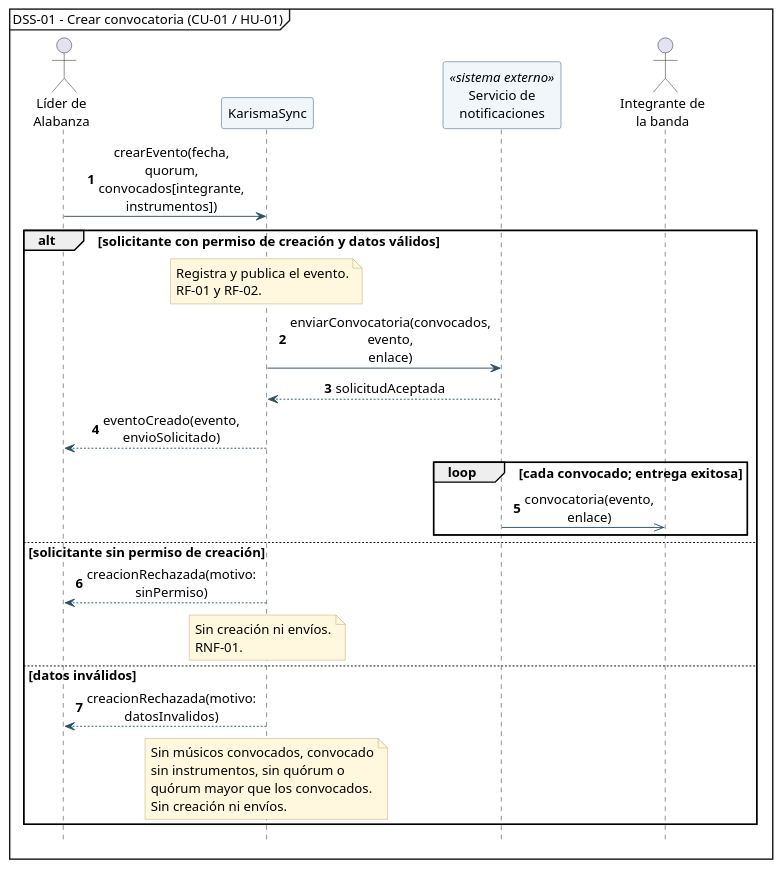
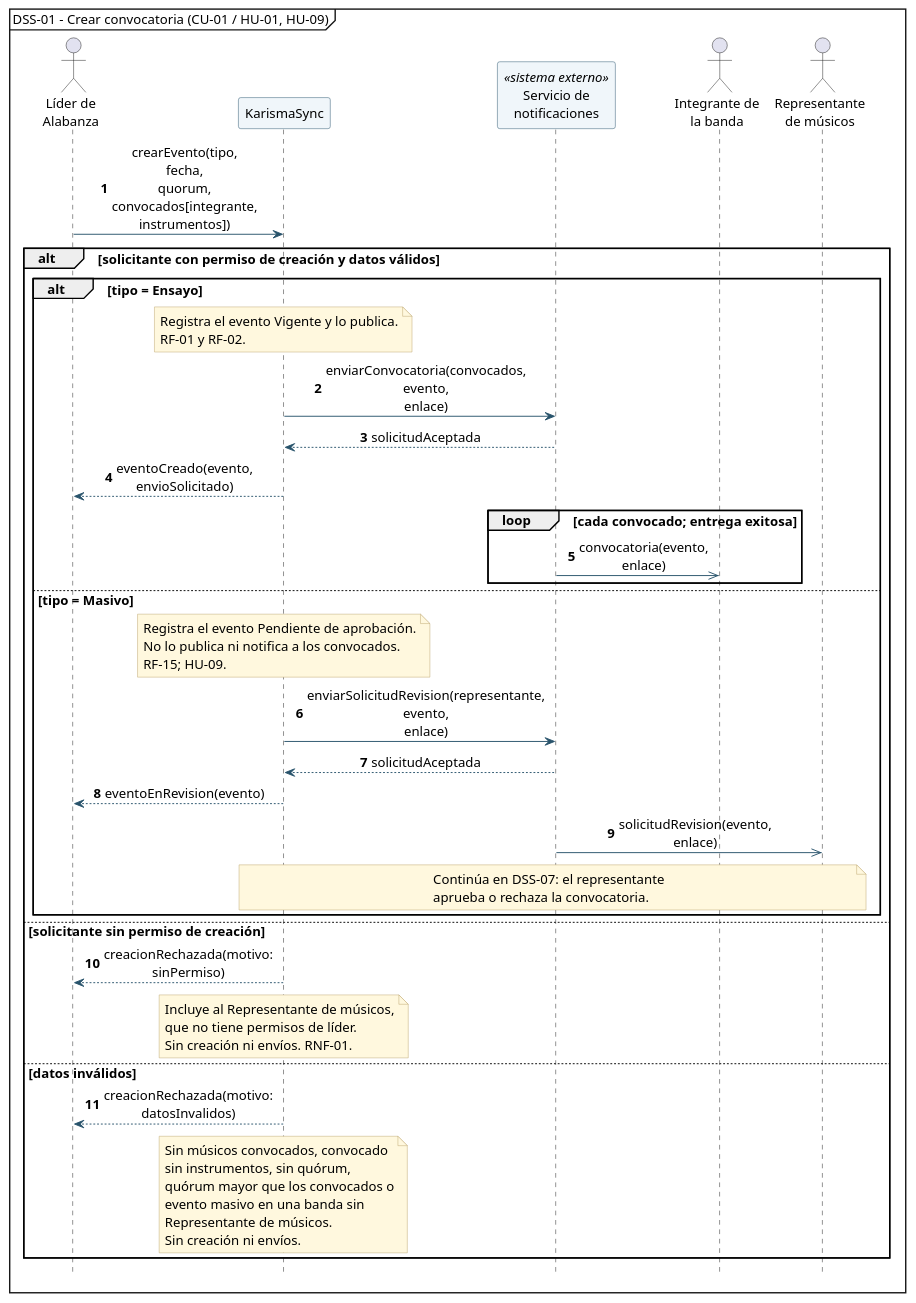
One commit to Ayiness/KarismaSync changed the diagram in diagramas/dss-01-crear-convocatoria.puml. Above: the diagram before and after it, drawn with PlantUML. The commit also changed 15 other files, not shown here.

First line of the commit message:
Evaluación 2: evento masivo y Representante de músicos

```diff
--- a/diagramas/dss-01-crear-convocatoria.puml
+++ b/diagramas/dss-01-crear-convocatoria.puml
@@ -1,64 +1,85 @@
 @startuml
-mainframe DSS-01 - Crear convocatoria (CU-01 / HU-01)
+mainframe DSS-01 - Crear convocatoria (CU-01 / HU-01, HU-09)
 autonumber
 hide footbox
 skinparam backgroundColor white
 skinparam shadowing false
 skinparam defaultFontName SansSerif
 skinparam defaultFontSize 14
 skinparam sequenceMessageAlign center
 skinparam maxMessageSize 54
 skinparam BoxPadding 4
 skinparam NotePadding 4
 skinparam sequenceMessageSpacing 6
 skinparam ArrowColor #28536B
 skinparam participantBorderColor #28536B
 skinparam participantBackgroundColor #F0F6FA
 skinparam noteBackgroundColor #FFF8DE
 skinparam noteBorderColor #BBA46B
 
 <style>
 participant {
   Padding 8
 }
 </style>
 
 actor "Líder de\nAlabanza" as Lider
 participant "KarismaSync" as Sistema
 participant "Servicio de\nnotificaciones" as Notificaciones <<sistema externo>>
 actor "Integrante de\nla banda" as Integrante
+actor "Representante\nde músicos" as Representante
 
-Lider -> Sistema: crearEvento(fecha, quorum, convocados[integrante, instrumentos])
+Lider -> Sistema: crearEvento(tipo, fecha, quorum, convocados[integrante, instrumentos])
 
 alt solicitante con permiso de creación y datos válidos
-  note over Sistema
-    Registra y publica el evento.
-    RF-01 y RF-02.
-  end note
 
-  Sistema -> Notificaciones: enviarConvocatoria(convocados, evento, enlace)
-  Notificaciones --> Sistema: solicitudAceptada
-  Sistema --> Lider: eventoCreado(evento, envioSolicitado)
+  alt tipo = Ensayo
+    note over Sistema
+      Registra el evento Vigente y lo publica.
+      RF-01 y RF-02.
+    end note
+    Sistema -> Notificaciones: enviarConvocatoria(convocados, evento, enlace)
+    Notificaciones --> Sistema: solicitudAceptada
+    Sistema --> Lider: eventoCreado(evento, envioSolicitado)
 
-  loop cada convocado; entrega exitosa
-    Notificaciones ->> Integrante: convocatoria(evento, enlace)
+    loop cada convocado; entrega exitosa
+      Notificaciones ->> Integrante: convocatoria(evento, enlace)
+    end
+
+  else tipo = Masivo
+    note over Sistema
+      Registra el evento Pendiente de aprobación.
+      No lo publica ni notifica a los convocados.
+      RF-15; HU-09.
+    end note
+    Sistema -> Notificaciones: enviarSolicitudRevision(representante, evento, enlace)
+    Notificaciones --> Sistema: solicitudAceptada
+    Sistema --> Lider: eventoEnRevision(evento)
+    Notificaciones ->> Representante: solicitudRevision(evento, enlace)
+    note over Sistema, Representante
+      Continúa en DSS-07: el representante
+      aprueba o rechaza la convocatoria.
+    end note
   end
 
 else solicitante sin permiso de creación
   Sistema --> Lider: creacionRechazada(motivo: sinPermiso)
   note over Sistema
-    Sin creación ni envíos.
-    RNF-01.
+    Incluye al Representante de músicos,
+    que no tiene permisos de líder.
+    Sin creación ni envíos. RNF-01.
   end note
 
 else datos inválidos
   Sistema --> Lider: creacionRechazada(motivo: datosInvalidos)
   note over Sistema
     Sin músicos convocados, convocado
-    sin instrumentos, sin quórum o
-    quórum mayor que los convocados.
+    sin instrumentos, sin quórum,
+    quórum mayor que los convocados o
+    evento masivo en una banda sin
+    Representante de músicos.
     Sin creación ni envíos.
   end note
 end
 
 @enduml
```
